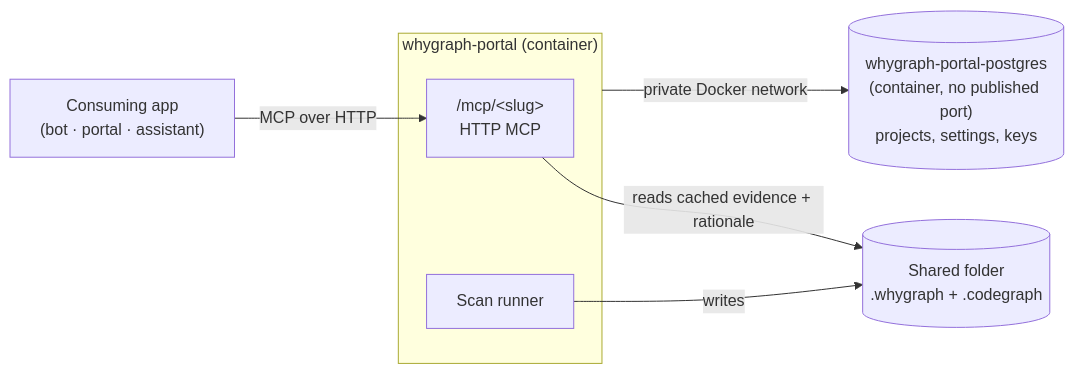
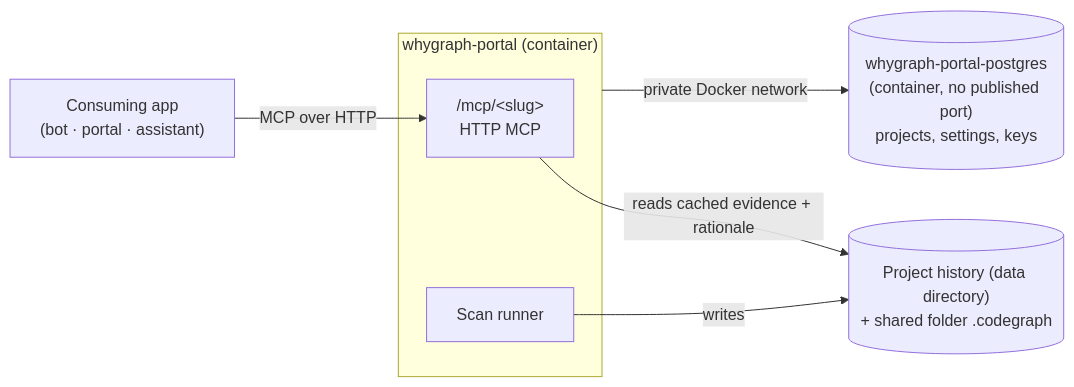
One commit to mtrdesign/whygraph changed the diagram in docs/deploy/service.md. Above: the diagram before and after it, drawn with Mermaid. The commit also changed 62 other files, not shown here.

First line of the commit message:
Keep project history in the portal's data directory (#70)

````diff
--- a/docs/deploy/service.md
+++ b/docs/deploy/service.md
@@ -20,15 +20,15 @@
 ```mermaid
 flowchart LR
     app["Consuming app<br/>(bot · portal · assistant)"]
     subgraph svc["whygraph-portal (container)"]
         mcp["/mcp/&lt;slug&gt;<br/>HTTP MCP"]
         scan["Scan runner"]
     end
     pg[("whygraph-portal-postgres<br/>(container, no published port)<br/>projects, settings, keys")]
-    repo[("Shared folder<br/>.whygraph + .codegraph")]
+    repo[("Project history (data directory)<br/>+ shared folder .codegraph")]
 
     app -- "MCP over HTTP" --> mcp
     mcp -- "reads cached evidence + rationale" --> repo
     scan -- "writes" --> repo
     svc -- "private Docker network" --> pg
 ```
````
